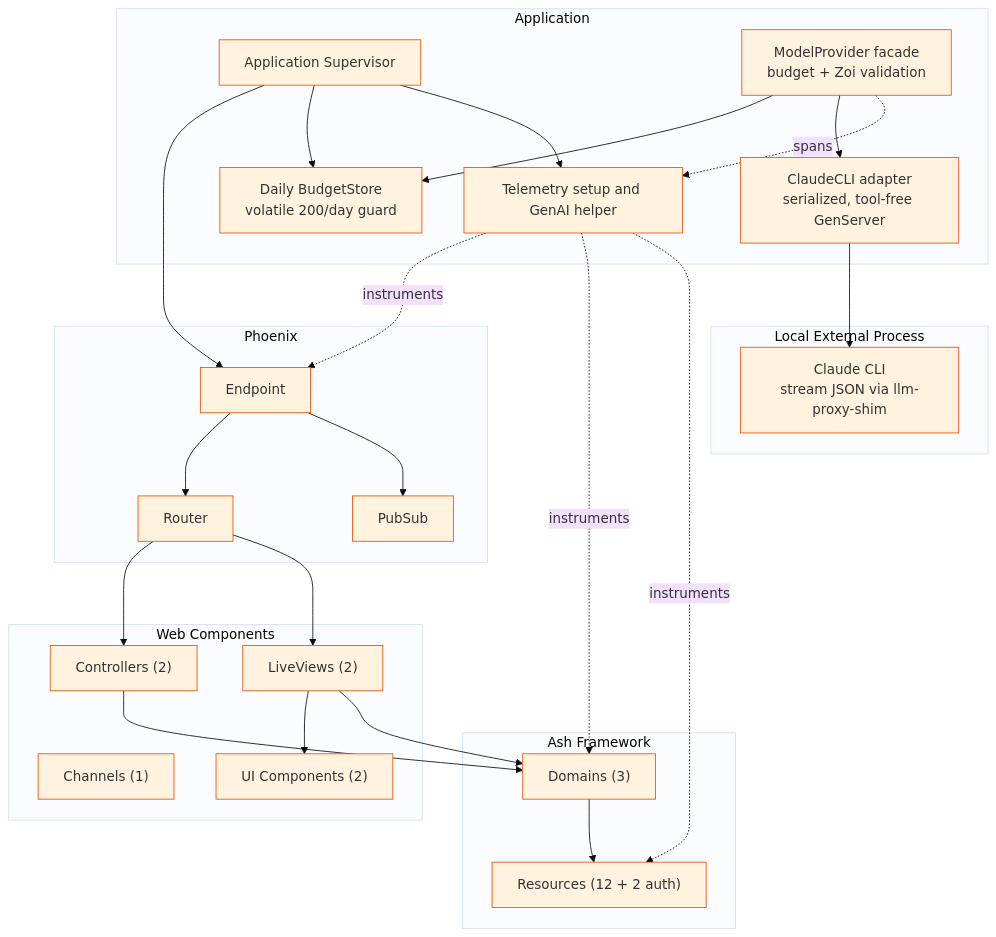
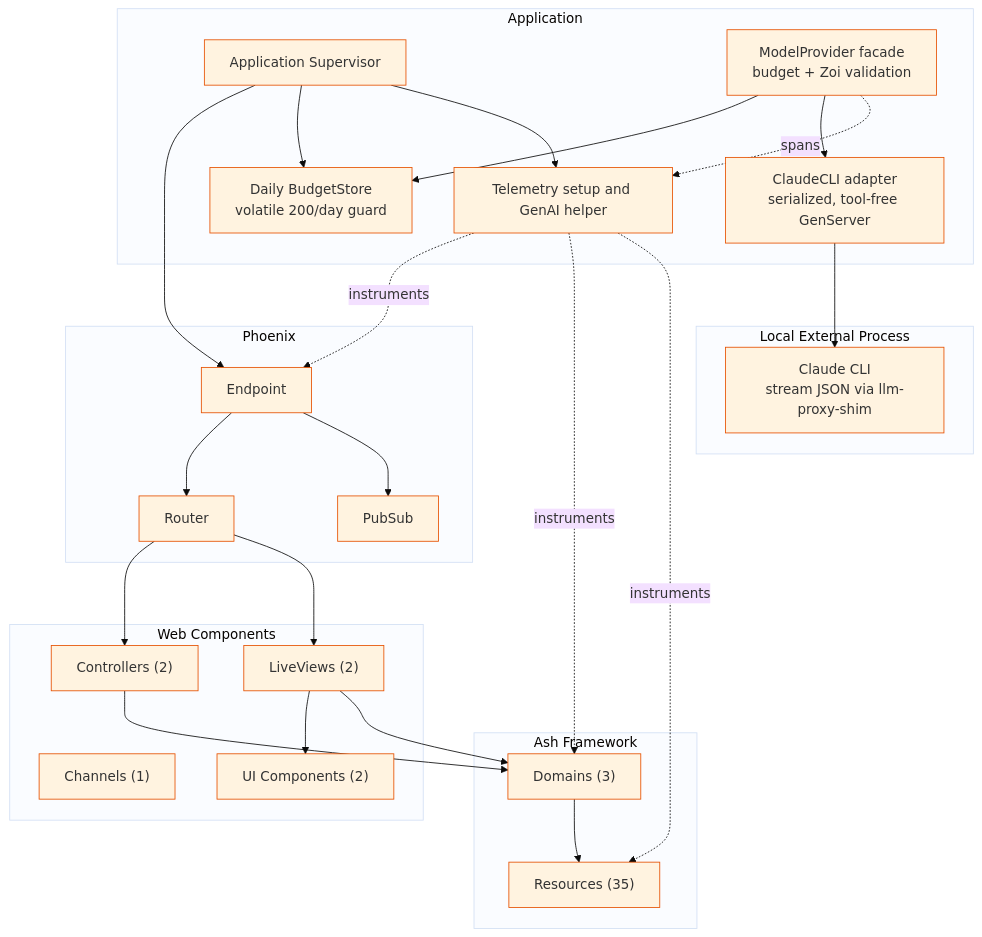
One commit to chops/sdr_agent changed the diagram in docs/architecture/components.md. Above: the diagram before and after it, drawn with Mermaid. The commit also changed other lines of this file and 36 other files, not shown here.

````diff
--- a/docs/architecture/components.md
+++ b/docs/architecture/components.md
@@ -9,52 +9,52 @@
 ```mermaid
 %%{init: {'theme': 'base', 'themeVariables': { 'primaryColor': '#fff3e0', 'primaryBorderColor': '#e65100'}}}%%
 graph TB
     subgraph Application["Application"]
         App[Application Supervisor]
         Budget[Daily BudgetStore<br/>volatile 200/day guard]
         ModelProvider[ModelProvider facade<br/>budget + Zoi validation]
         ClaudeCLIAdapter[ClaudeCLI adapter<br/>serialized, tool-free GenServer]
         Telemetry[Telemetry setup and GenAI helper]
     end
 
     subgraph Phoenix["Phoenix"]
         Endpoint[Endpoint]
         Router[Router]
         PubSub[PubSub]
     end
 
     subgraph Web["Web Components"]
         Controllers["Controllers (2)"]
         LiveViews["LiveViews (2)"]
         Channels["Channels (1)"]
         UIComponents["UI Components (2)"]
     end
 
     subgraph Ash["Ash Framework"]
         Domains["Domains (3)"]
-        Resources["Resources (12 + 2 auth)"]
+        Resources["Resources (35)"]
     end
 
     subgraph External["Local External Process"]
         Claude[Claude CLI<br/>stream JSON via llm-proxy-shim]
     end
 
     App --> Endpoint
     App --> Budget
     App --> Telemetry
     ModelProvider --> Budget
     ModelProvider --> ClaudeCLIAdapter
     ModelProvider -. spans .-> Telemetry
     ClaudeCLIAdapter --> Claude
     Endpoint --> Router
     Endpoint --> PubSub
     Router --> Controllers
     Router --> LiveViews
     LiveViews --> UIComponents
     Controllers --> Domains
     LiveViews --> Domains
     Domains --> Resources
     Telemetry -. instruments .-> Endpoint
     Telemetry -. instruments .-> Domains
     Telemetry -. instruments .-> Resources
 ```
````
